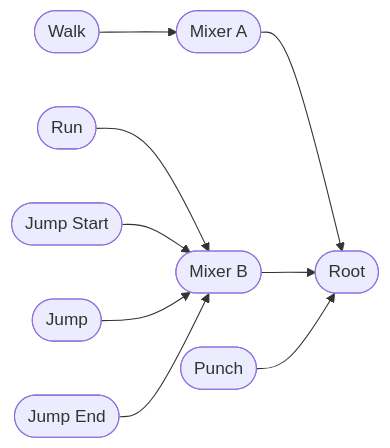
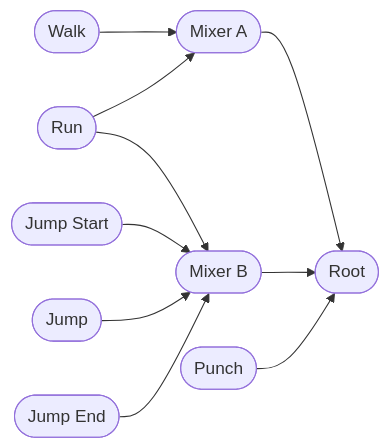
One commit to bevyengine/rfcs changed the diagram in rfcs/51-animation-composition.md. Above: the diagram before and after it, drawn with Mermaid.

Commit message:
Add missing link

````diff
--- a/rfcs/51-animation-composition.md
+++ b/rfcs/51-animation-composition.md
@@ -108,20 +108,21 @@
 ```mermaid
 flowchart LR
   root([Root])
   mixerA([Mixer A])
   mixerB([Mixer B])
   clip01([Walk])
   clip02([Run])
   clip03([Jump Start])
   clip04([Jump])
   clip05([Jump End])
   clip06([Punch])
   mixerA-->root
   mixerB-->root
   clip06-->root
   clip01-->mixerA
+  clip02-->mixerA
   clip02-->mixerB
   clip03-->mixerB
   clip04-->mixerB
   clip05-->mixerB
 ```
````
